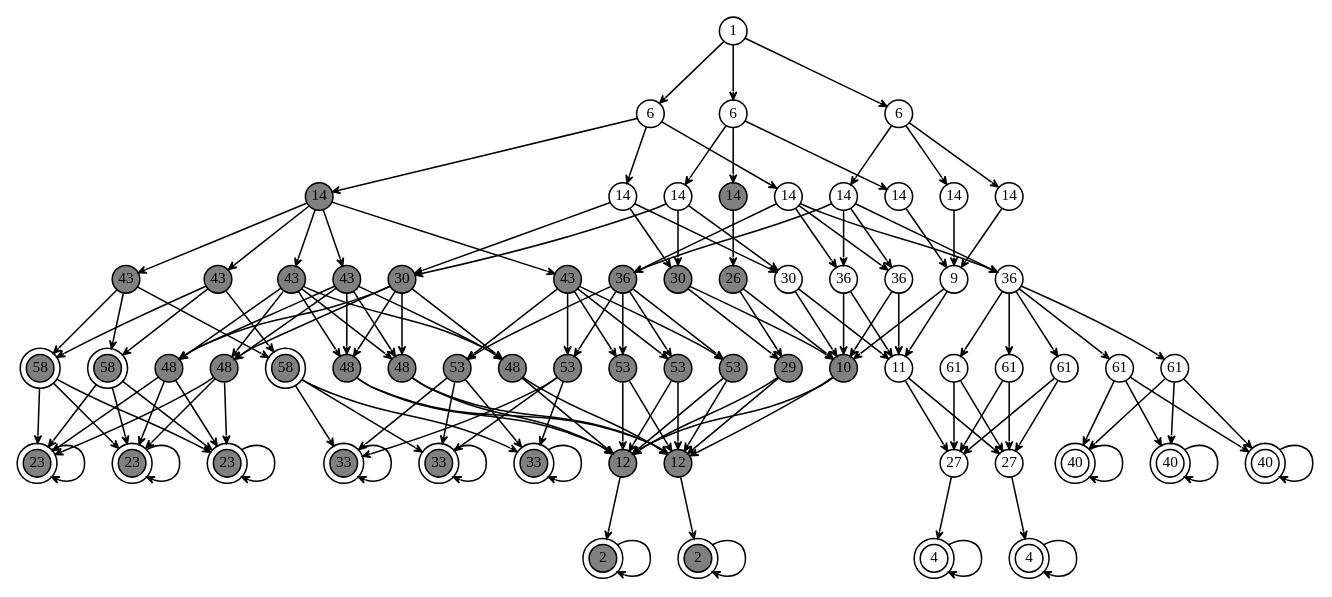
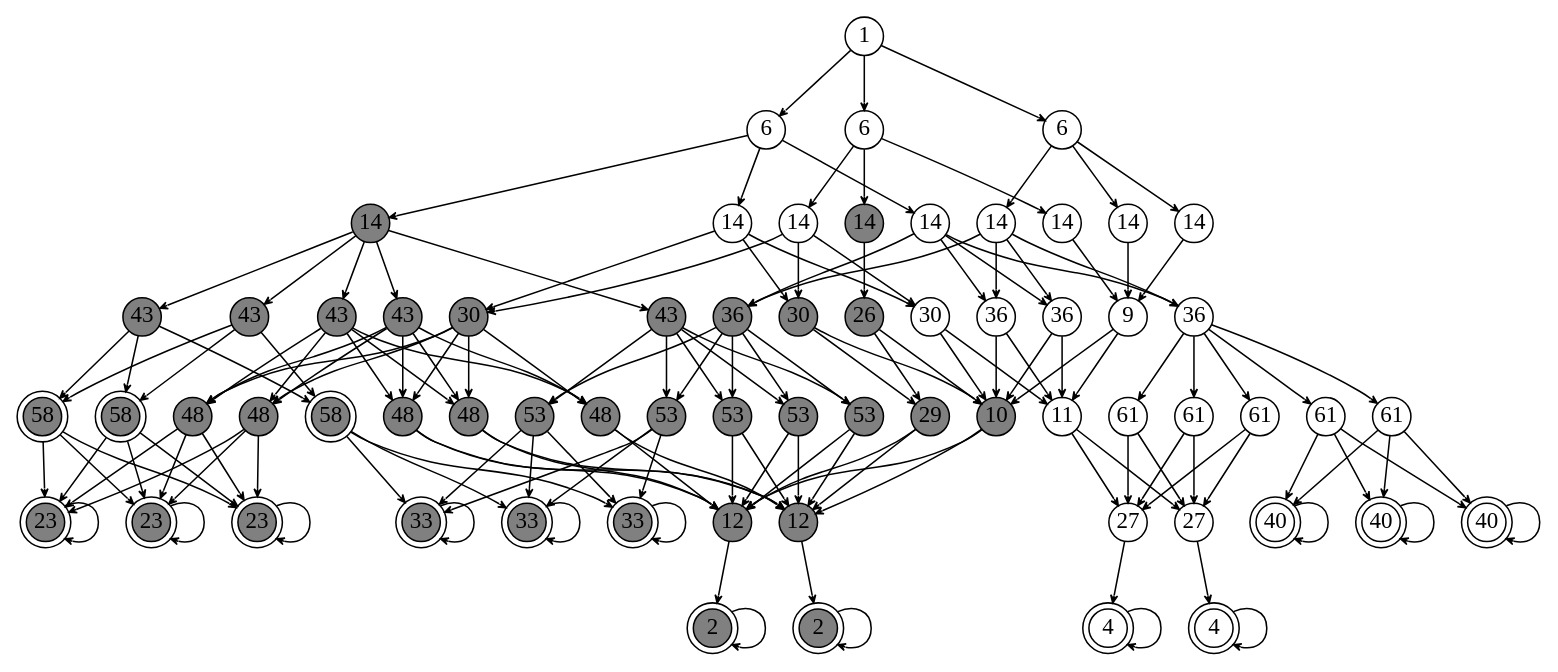
Before and after one commit to kphongph/repo_ttu: the diagram in attack_graph/result/wing.dot, drawn with Graphviz. The commit also changed 1 other file, not shown here.

```diff
--- a/attack_graph/result/wing.dot
+++ b/attack_graph/result/wing.dot
@@ -1,5 +1,6 @@
 digraph G {
-  node [shape=circle,width=.25,height=.25,fixedsize=true,fontsize=10];
+  node [shape=circle,width=0.35,height=0.35,fixedsize=true,
+    fontname="Palatino",fontsize=15];
   edge [arrowhead="vee",arrowsize=.5];
   s0 [label="1"];
   s1 [label="6"];
```
